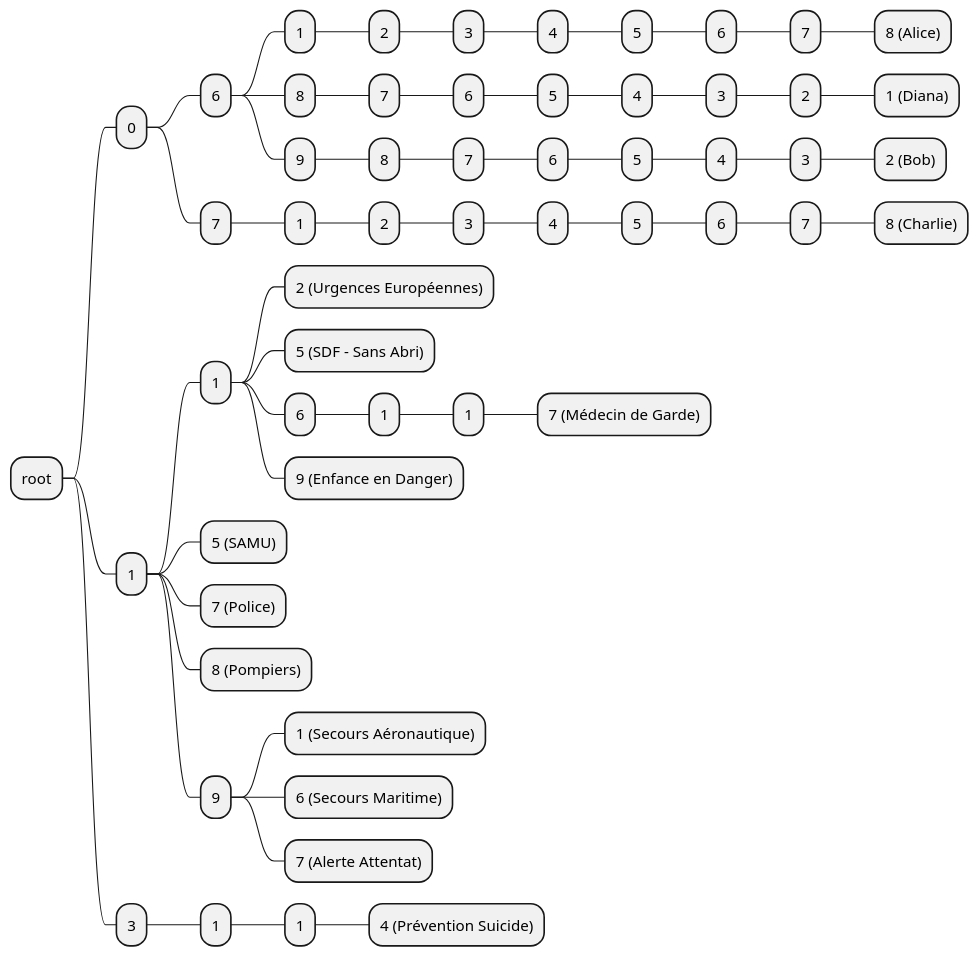
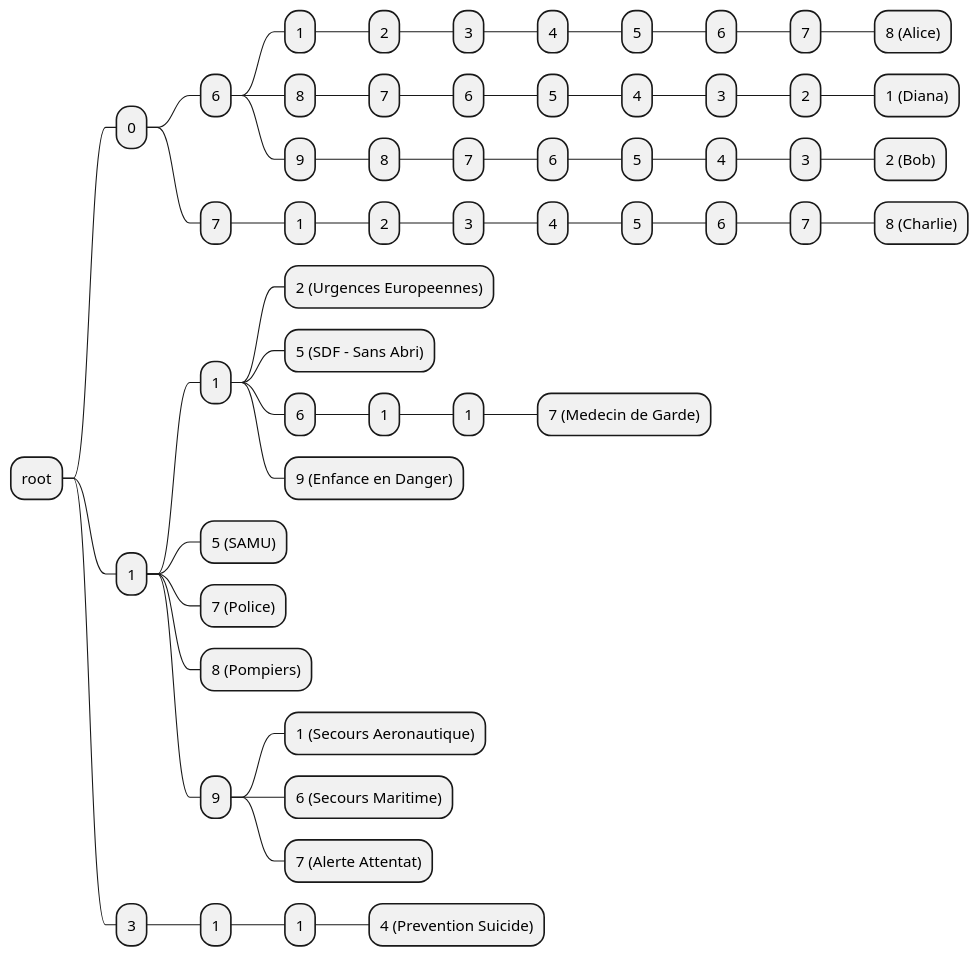
The diagram in graph/04_common_parts.puml (alexgd69/Phone_Number_Manager), drawn with PlantUML before and after one commit. The commit also changed 1 other file, not shown here.

```diff
--- a/graph/04_common_parts.puml
+++ b/graph/04_common_parts.puml
@@ -1,58 +1,58 @@
 @startmindmap
 * root
 ** 0
 *** 6
 **** 1
 ***** 2
 ****** 3
 ******* 4
 ******** 5
 ********* 6
 ********** 7
 *********** 8 (Alice)
 **** 8
 ***** 7
 ****** 6
 ******* 5
 ******** 4
 ********* 3
 ********** 2
 *********** 1 (Diana)
 **** 9
 ***** 8
 ****** 7
 ******* 6
 ******** 5
 ********* 4
 ********** 3
 *********** 2 (Bob)
 *** 7
 **** 1
 ***** 2
 ****** 3
 ******* 4
 ******** 5
 ********* 6
 ********** 7
 *********** 8 (Charlie)
 ** 1
 *** 1
-**** 2 (Urgences Européennes)
+**** 2 (Urgences Europeennes)
 **** 5 (SDF - Sans Abri)
 **** 6
 ***** 1
 ****** 1
-******* 7 (Médecin de Garde)
+******* 7 (Medecin de Garde)
 **** 9 (Enfance en Danger)
 *** 5 (SAMU)
 *** 7 (Police)
 *** 8 (Pompiers)
 *** 9
-**** 1 (Secours Aéronautique)
+**** 1 (Secours Aeronautique)
 **** 6 (Secours Maritime)
 **** 7 (Alerte Attentat)
 ** 3
 *** 1
 **** 1
-***** 4 (Prévention Suicide)
+***** 4 (Prevention Suicide)
 @endmindmap
```
